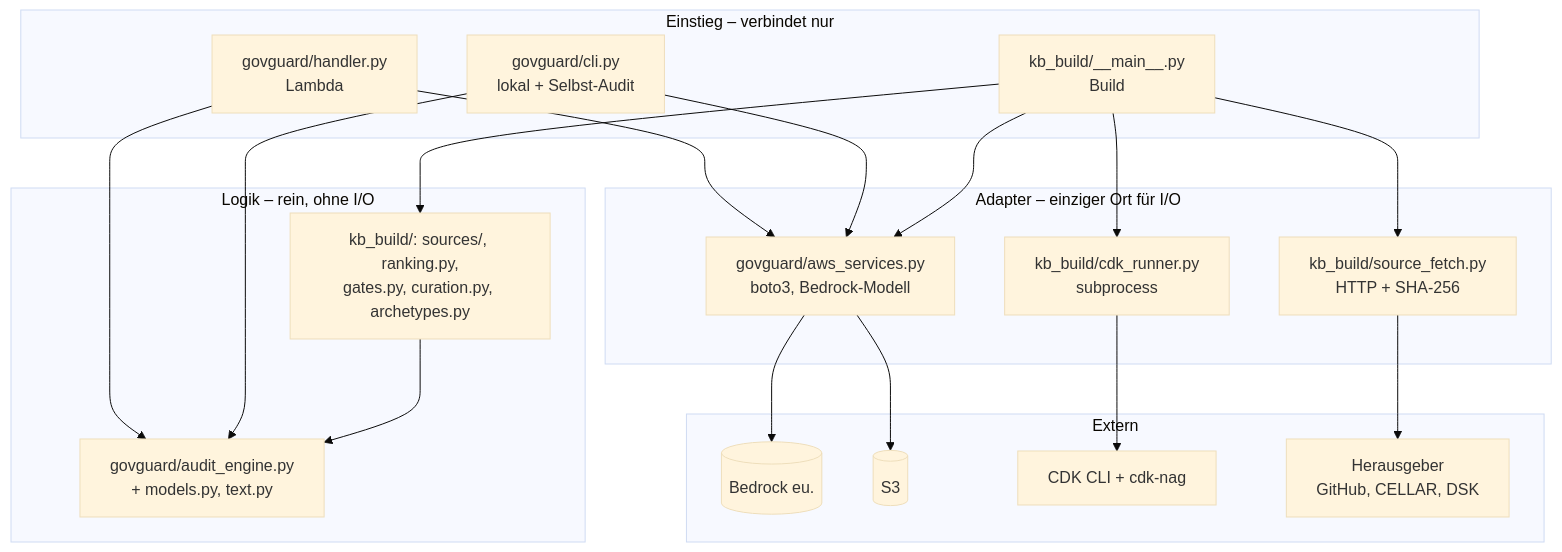
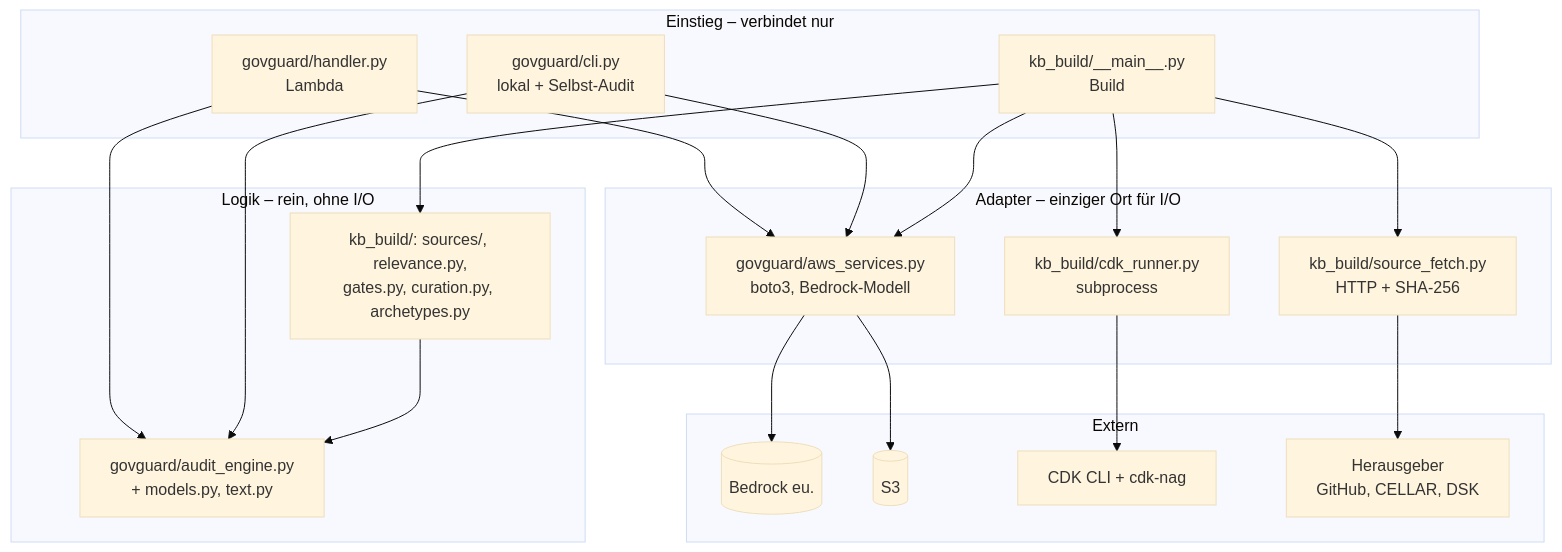
One commit to Daniel74/GovGuard changed the fourth of 4 diagrams in docs/ARCHITECTURE.md. Above: the diagram before and after it, drawn with Mermaid (base theme). The commit also changed other lines of this file and 10 other files, not shown here.

````diff
--- a/docs/ARCHITECTURE.md
+++ b/docs/ARCHITECTURE.md
@@ -253,31 +255,31 @@
 ```mermaid
 flowchart TB
   subgraph E["Einstieg – verbindet nur"]
     H["govguard/handler.py<br/>Lambda"]
     C["govguard/cli.py<br/>lokal + Selbst-Audit"]
     M["kb_build/__main__.py<br/>Build"]
   end
   subgraph L["Logik – rein, ohne I/O"]
     AE["govguard/audit_engine.py<br/>+ models.py, text.py"]
-    KB["kb_build/: sources/, ranking.py,<br/>gates.py, curation.py, archetypes.py"]
+    KB["kb_build/: sources/, relevance.py,<br/>gates.py, curation.py, archetypes.py"]
   end
   subgraph A["Adapter – einziger Ort für I/O"]
     AWS["govguard/aws_services.py<br/>boto3, Bedrock-Modell"]
     CDK["kb_build/cdk_runner.py<br/>subprocess"]
     FE["kb_build/source_fetch.py<br/>HTTP + SHA-256"]
   end
   subgraph X["Extern"]
     B[("Bedrock eu.")]
     S3[("S3")]
     CL["CDK CLI + cdk-nag"]
     HG["Herausgeber<br/>GitHub, CELLAR, DSK"]
   end
   H & C --> AE
   H & C --> AWS
   M --> KB
   M --> AWS & CDK & FE
   KB --> AE
   AWS --> B & S3
   CDK --> CL
   FE --> HG
 ```
````
